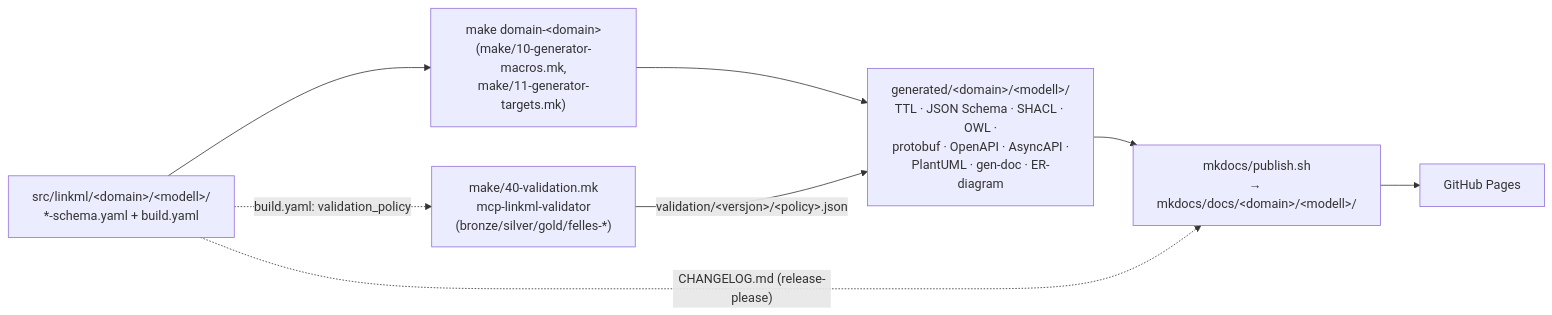
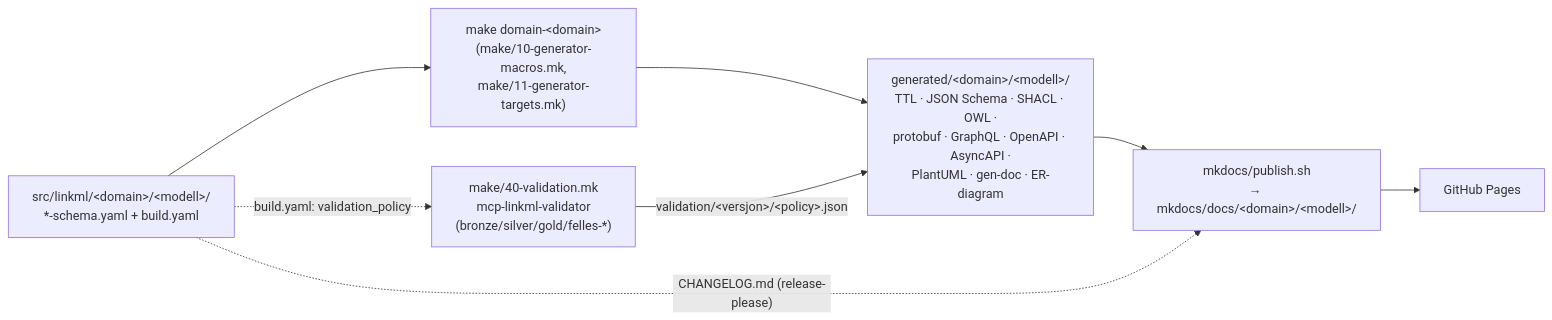
The diagram in mkdocs/docs/automasjon/artefakt-generering.md (brreg/linkml-datamodellering-no), drawn with Mermaid before and after one commit. The commit also changed other lines of this file and 50 other files, not shown here.

First line of the commit message:
feat(generatorar): legg til gen-graphql for GraphQL SDL-generering

````diff
--- a/mkdocs/docs/automasjon/artefakt-generering.md
+++ b/mkdocs/docs/automasjon/artefakt-generering.md
@@ -20,15 +20,15 @@
 ```mermaid
 flowchart LR
     SRC["src/linkml/&lt;domain&gt;/&lt;modell&gt;/<br/>*-schema.yaml + build.yaml"]
     GEN["make domain-&lt;domain&gt;<br/>(make/10-generator-macros.mk,<br/>make/11-generator-targets.mk)"]
-    ARTEFAKT["generated/&lt;domain&gt;/&lt;modell&gt;/<br/>TTL · JSON Schema · SHACL · OWL ·<br/>protobuf · OpenAPI · AsyncAPI ·<br/>PlantUML · gen-doc · ER-diagram"]
+    ARTEFAKT["generated/&lt;domain&gt;/&lt;modell&gt;/<br/>TTL · JSON Schema · SHACL · OWL ·<br/>protobuf · GraphQL · OpenAPI · AsyncAPI ·<br/>PlantUML · gen-doc · ER-diagram"]
     VALID["make/40-validation.mk<br/>mcp-linkml-validator<br/>(bronze/silver/gold/felles-*)"]
     PORTAL["mkdocs/publish.sh<br/>→ mkdocs/docs/&lt;domain&gt;/&lt;modell&gt;/"]
     PAGES["GitHub Pages"]
 
     SRC --> GEN --> ARTEFAKT
     SRC -.->|"build.yaml: validation_policy"| VALID
     VALID -->|"validation/&lt;versjon&gt;/&lt;policy&gt;.json"| ARTEFAKT
     ARTEFAKT --> PORTAL --> PAGES
     SRC -.->|"CHANGELOG.md (release-please)"| PORTAL
 ```
````
